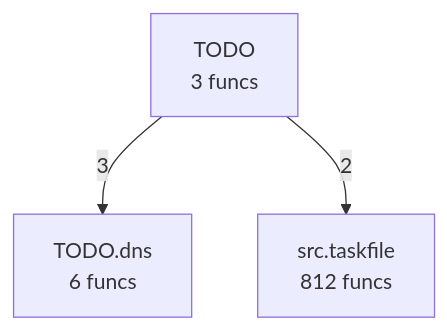
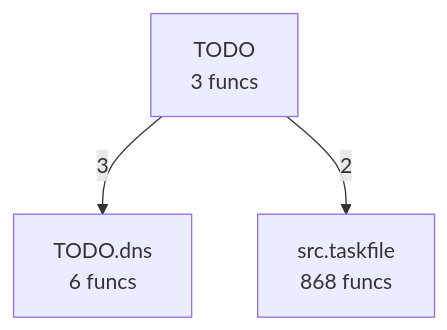
One commit to pyfunc/taskfile changed the diagram in project/compact_flow.mmd. Above: the diagram before and after it, drawn with Mermaid. The commit also changed 29 other files, not shown here.

```diff
--- a/project/compact_flow.mmd
+++ b/project/compact_flow.mmd
@@ -1,6 +1,6 @@
 flowchart TD
     TODO["TODO<br/>3 funcs"]
     TODO__dns["TODO.dns<br/>6 funcs"]
-    src__taskfile["src.taskfile<br/>812 funcs"]
+    src__taskfile["src.taskfile<br/>868 funcs"]
     TODO -->|3| TODO__dns
     TODO -->|2| src__taskfile
```
